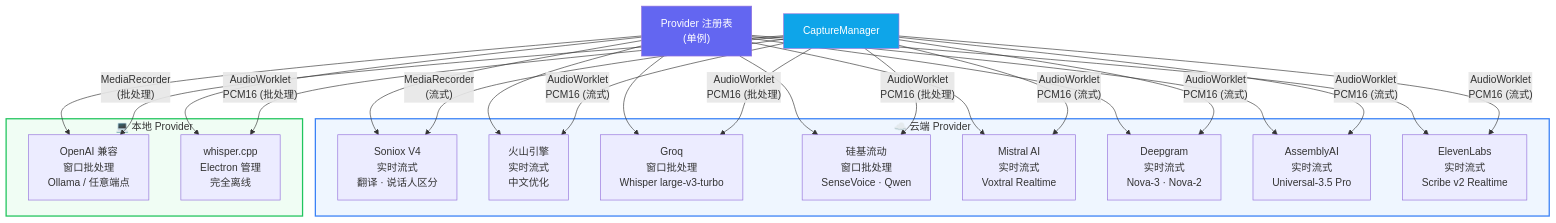
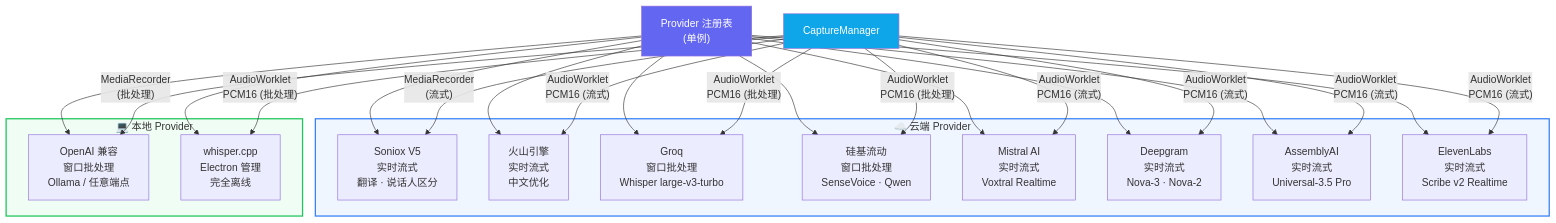
Before and after one commit to XimilalaXiang/DeLive: the fourth of 4 diagrams in docs/zh/architecture/overview.md, drawn with Mermaid. The commit also changed 13 other files, not shown here.

````diff
--- a/docs/zh/architecture/overview.md
+++ b/docs/zh/architecture/overview.md
@@ -104,32 +104,32 @@
 ```mermaid
 flowchart TB
   subgraph cloud["☁️ 云端 Provider"]
-    soniox["Soniox V4\n实时流式\n翻译 · 说话人区分"]
+    soniox["Soniox V5\n实时流式\n翻译 · 说话人区分"]
     volc["火山引擎\n实时流式\n中文优化"]
     groq["Groq\n窗口批处理\nWhisper large-v3-turbo"]
     silicon["硅基流动\n窗口批处理\nSenseVoice · Qwen"]
     mistral["Mistral AI\n实时流式\nVoxtral Realtime"]
     deepgram["Deepgram\n实时流式\nNova-3 · Nova-2"]
     assemblyai["AssemblyAI\n实时流式\nUniversal-3.5 Pro"]
     elevenlabs["ElevenLabs\n实时流式\nScribe v2 Realtime"]
   end
 
   subgraph local["💻 本地 Provider"]
     openai["OpenAI 兼容\n窗口批处理\nOllama / 任意端点"]
     whisper["whisper.cpp\nElectron 管理\n完全离线"]
   end
 
   registry["Provider 注册表\n(单例)"]
   capture["CaptureManager"]
 
   registry --> soniox & volc & groq & silicon & mistral & deepgram & assemblyai & elevenlabs & openai & whisper
   capture -->|"MediaRecorder\n(流式)"| soniox
   capture -->|"AudioWorklet\nPCM16 (流式)"| volc & mistral & deepgram & assemblyai & elevenlabs
   capture -->|"AudioWorklet\nPCM16 (批处理)"| groq & silicon & whisper
   capture -->|"MediaRecorder\n(批处理)"| openai
 
   style registry fill:#6366f1,color:#fff
   style capture fill:#0ea5e9,color:#fff
   style cloud fill:#eff6ff,stroke:#3b82f6,stroke-width:2px
   style local fill:#f0fdf4,stroke:#22c55e,stroke-width:2px
 ```
````
